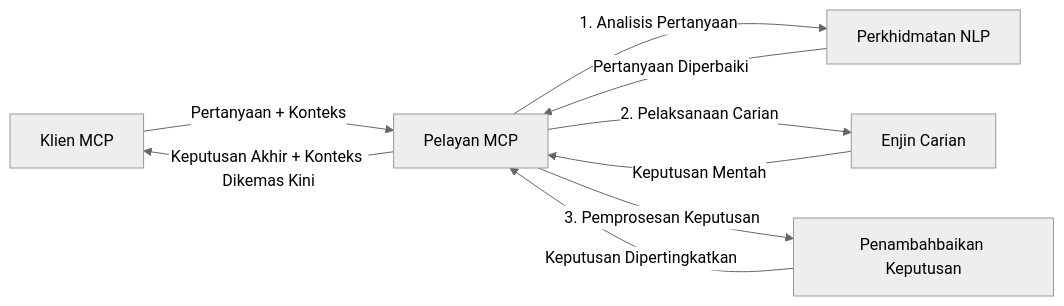
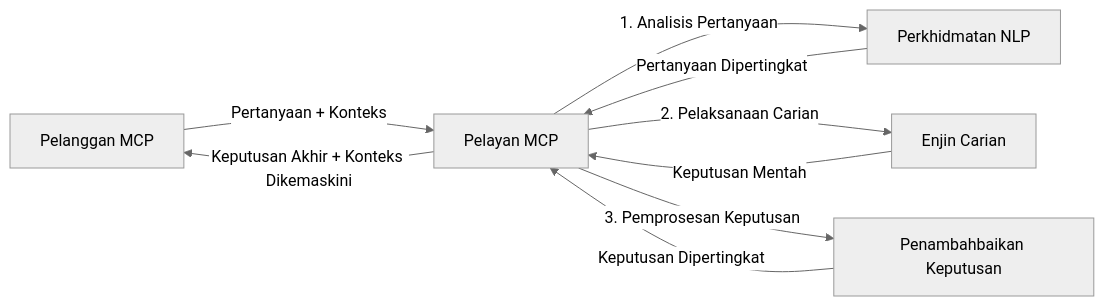
Before and after one commit to microsoft/mcp-for-beginners: the fourth of 4 diagrams in translations/ms/05-AdvancedTopics/mcp-realtimesearch/README.md, drawn with Mermaid (neutral theme). The commit also changed other lines of this file and 152 other files, not shown here.

````diff
--- a/translations/ms/05-AdvancedTopics/mcp-realtimesearch/README.md
+++ b/translations/ms/05-AdvancedTopics/mcp-realtimesearch/README.md
@@ -626,11 +628,11 @@
 ```mermaid
 graph LR
-    Client[Klien MCP] --> |Pertanyaan + Konteks| Server[Pelayan MCP]
+    Client[Pelanggan MCP] --> |Pertanyaan + Konteks| Server[Pelayan MCP]
     Server --> |1. Analisis Pertanyaan| NLP[Perkhidmatan NLP]
-    NLP --> |Pertanyaan Diperbaiki| Server
+    NLP --> |Pertanyaan Dipertingkat| Server
     Server --> |2. Pelaksanaan Carian| Search[Enjin Carian]
     Search --> |Keputusan Mentah| Server
     Server --> |3. Pemprosesan Keputusan| Enhancement[Penambahbaikan Keputusan]
-    Enhancement --> |Keputusan Dipertingkatkan| Server
-    Server --> |Keputusan Akhir + Konteks Dikemas Kini| Client
+    Enhancement --> |Keputusan Dipertingkat| Server
+    Server --> |Keputusan Akhir + Konteks Dikemaskini| Client
 ```
````
